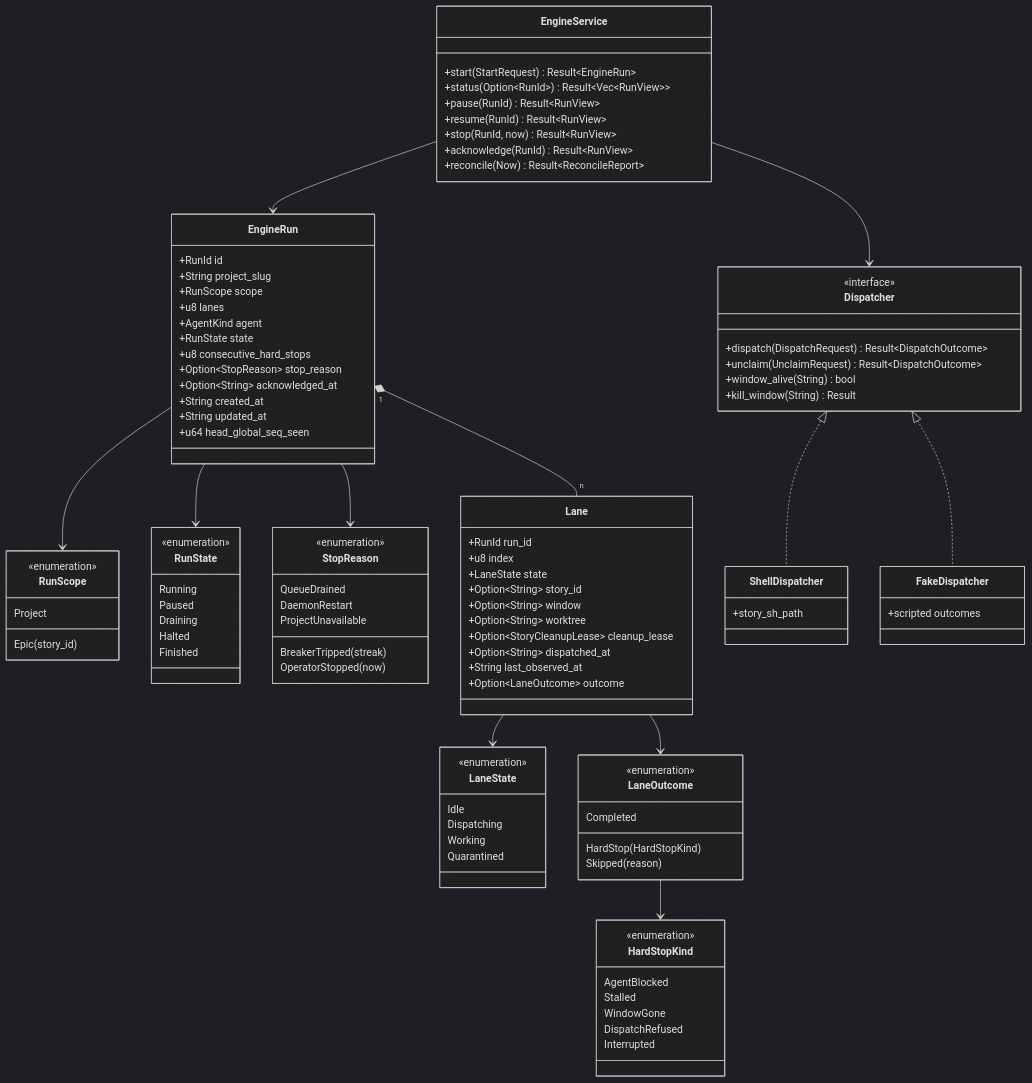
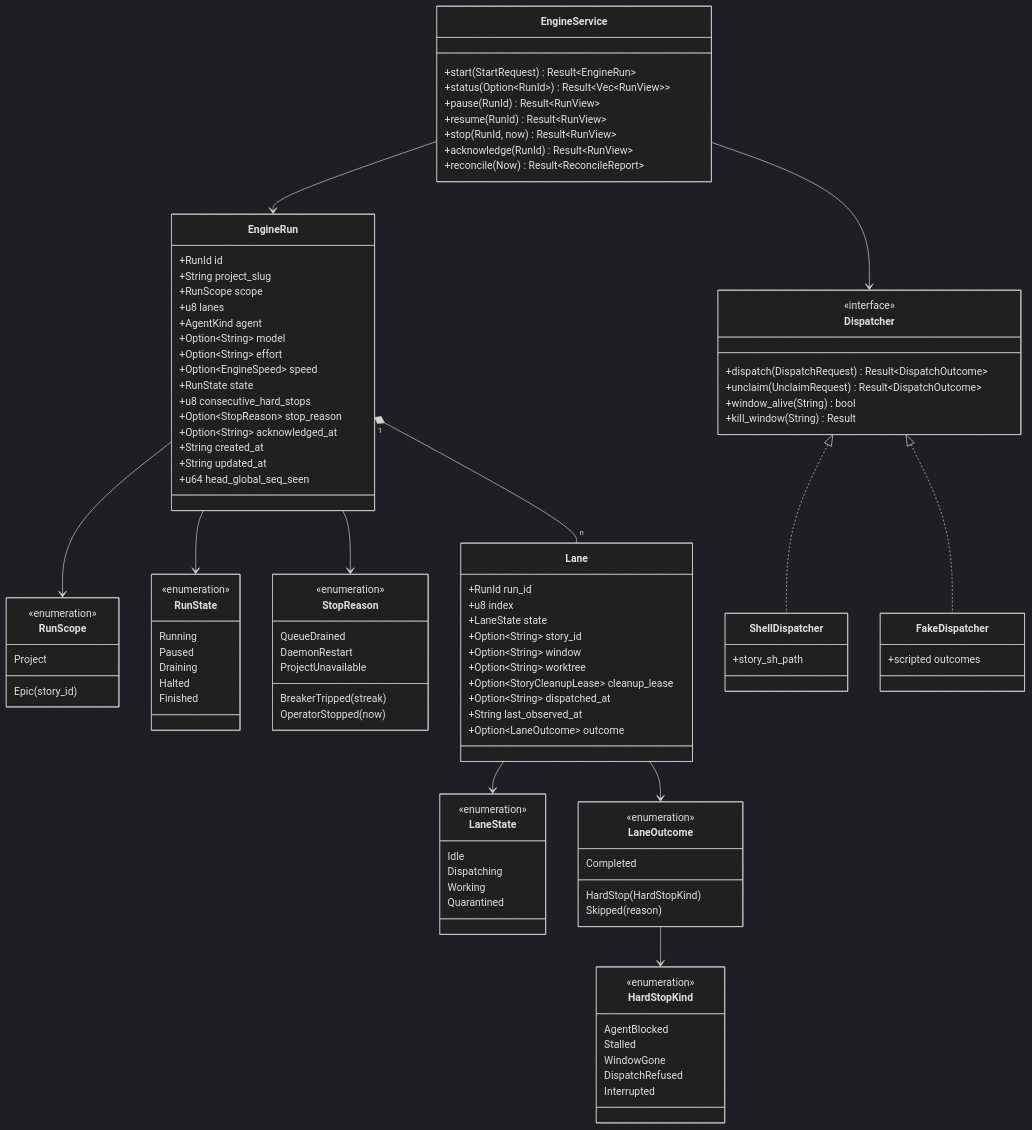
The second of 4 diagrams in docs/spec/full-auto-engine.md (mikeydotio/storyhook), drawn with Mermaid (dark theme) before and after one commit. The commit also changed other lines of this file and 5 other files, not shown here.

```diff
--- a/docs/spec/full-auto-engine.md
+++ b/docs/spec/full-auto-engine.md
@@ -140,6 +142,9 @@
         +RunScope scope
         +u8 lanes
         +AgentKind agent
+        +Option~String~ model
+        +Option~String~ effort
+        +Option~EngineSpeed~ speed
         +RunState state
         +u8 consecutive_hard_stops
         +Option~StopReason~ stop_reason
```
